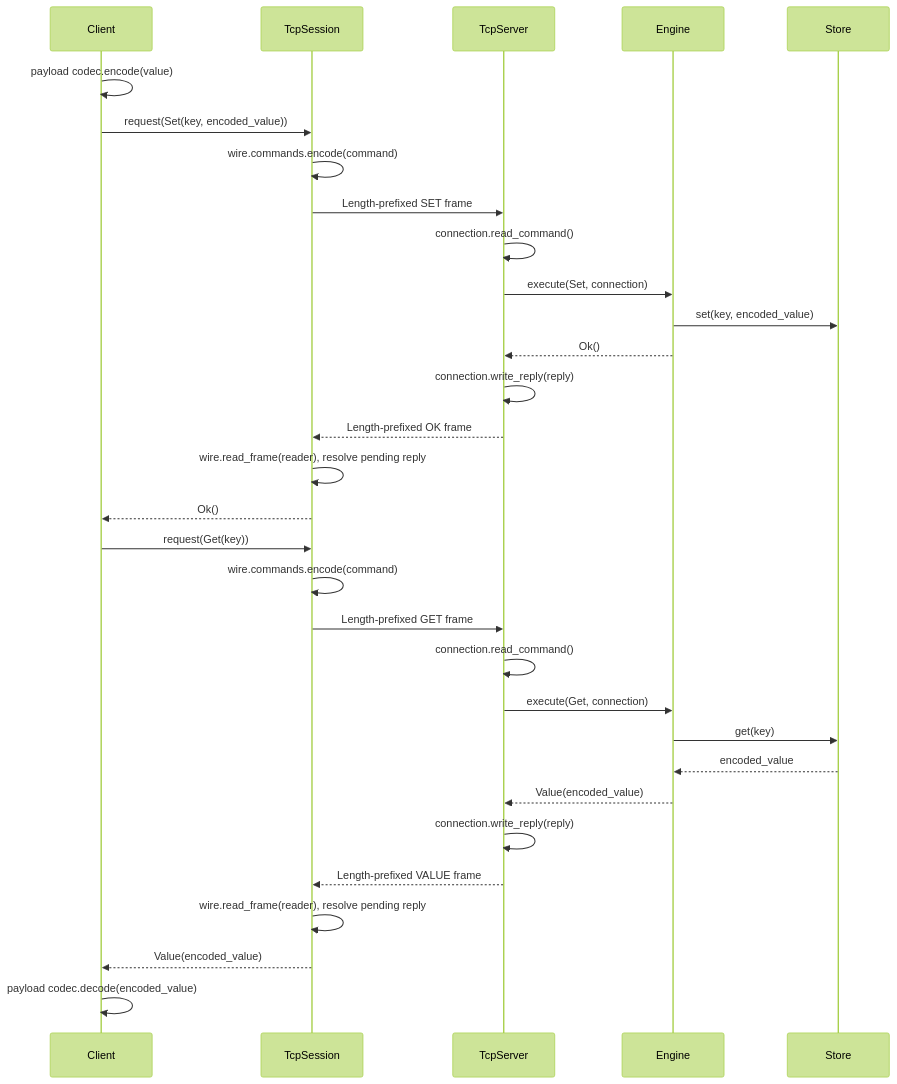
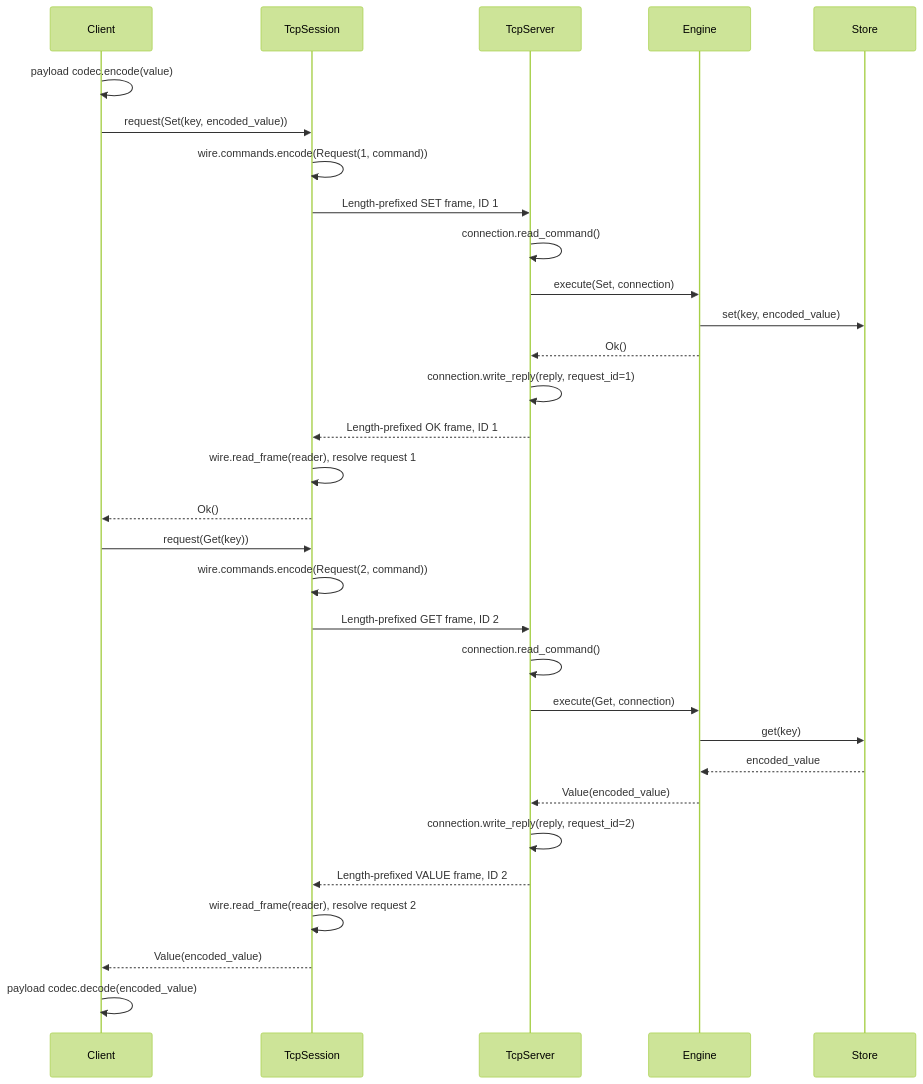
Before and after one commit to gchape/velis: the second of 6 diagrams in README.md, drawn with Mermaid (forest theme). The commit also changed other lines of this file, not shown here.

Commit message:
docs: document request IDs pipelining and cancellation

````diff
--- a/README.md
+++ b/README.md
@@ -147,35 +151,35 @@
 ```mermaid
 sequenceDiagram
     participant C as Client
     participant T as TcpSession
     participant S as TcpServer
     participant E as Engine
     participant K as Store
 
     C->>C: payload codec.encode(value)
     C->>T: request(Set(key, encoded_value))
-    T->>T: wire.commands.encode(command)
-    T->>S: Length-prefixed SET frame
+    T->>T: wire.commands.encode(Request(1, command))
+    T->>S: Length-prefixed SET frame, ID 1
     S->>S: connection.read_command()
     S->>E: execute(Set, connection)
     E->>K: set(key, encoded_value)
     E-->>S: Ok()
-    S->>S: connection.write_reply(reply)
-    S-->>T: Length-prefixed OK frame
-    T->>T: wire.read_frame(reader), resolve pending reply
+    S->>S: connection.write_reply(reply, request_id=1)
+    S-->>T: Length-prefixed OK frame, ID 1
+    T->>T: wire.read_frame(reader), resolve request 1
     T-->>C: Ok()
 
     C->>T: request(Get(key))
-    T->>T: wire.commands.encode(command)
-    T->>S: Length-prefixed GET frame
+    T->>T: wire.commands.encode(Request(2, command))
+    T->>S: Length-prefixed GET frame, ID 2
     S->>S: connection.read_command()
     S->>E: execute(Get, connection)
     E->>K: get(key)
     K-->>E: encoded_value
     E-->>S: Value(encoded_value)
-    S->>S: connection.write_reply(reply)
-    S-->>T: Length-prefixed VALUE frame
-    T->>T: wire.read_frame(reader), resolve pending reply
+    S->>S: connection.write_reply(reply, request_id=2)
+    S-->>T: Length-prefixed VALUE frame, ID 2
+    T->>T: wire.read_frame(reader), resolve request 2
     T-->>C: Value(encoded_value)
     C->>C: payload codec.decode(encoded_value)
 ```
````
